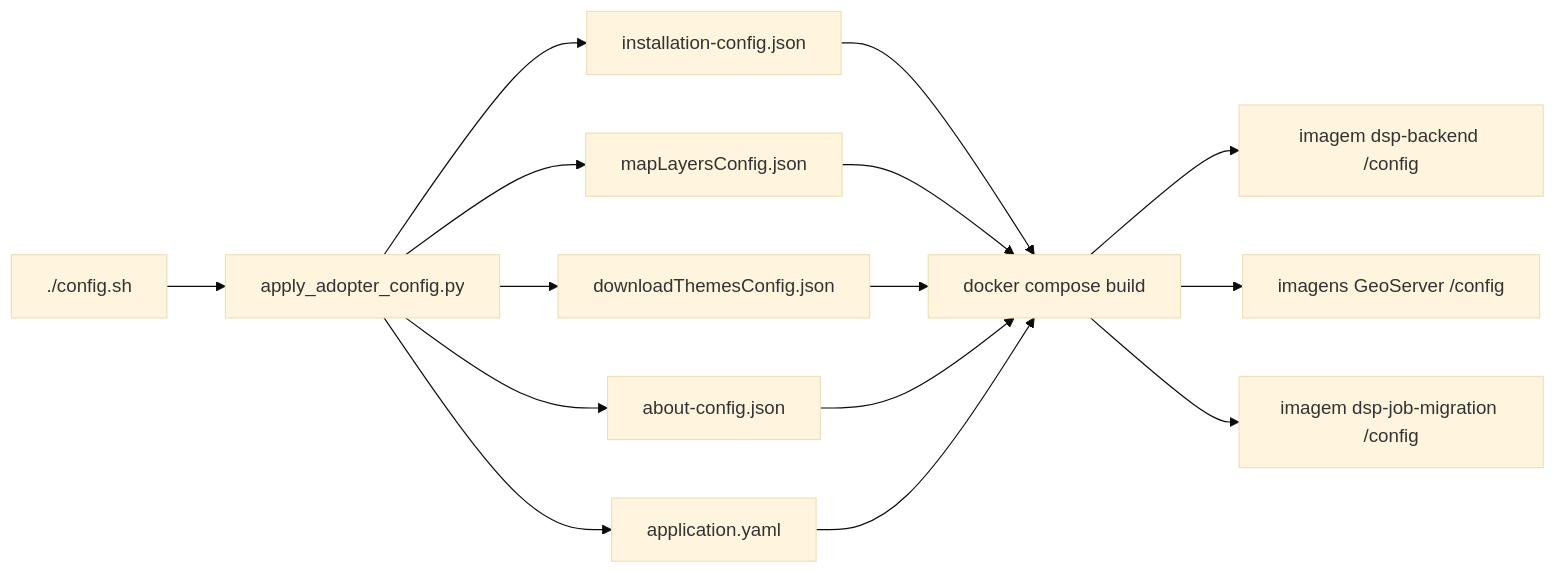
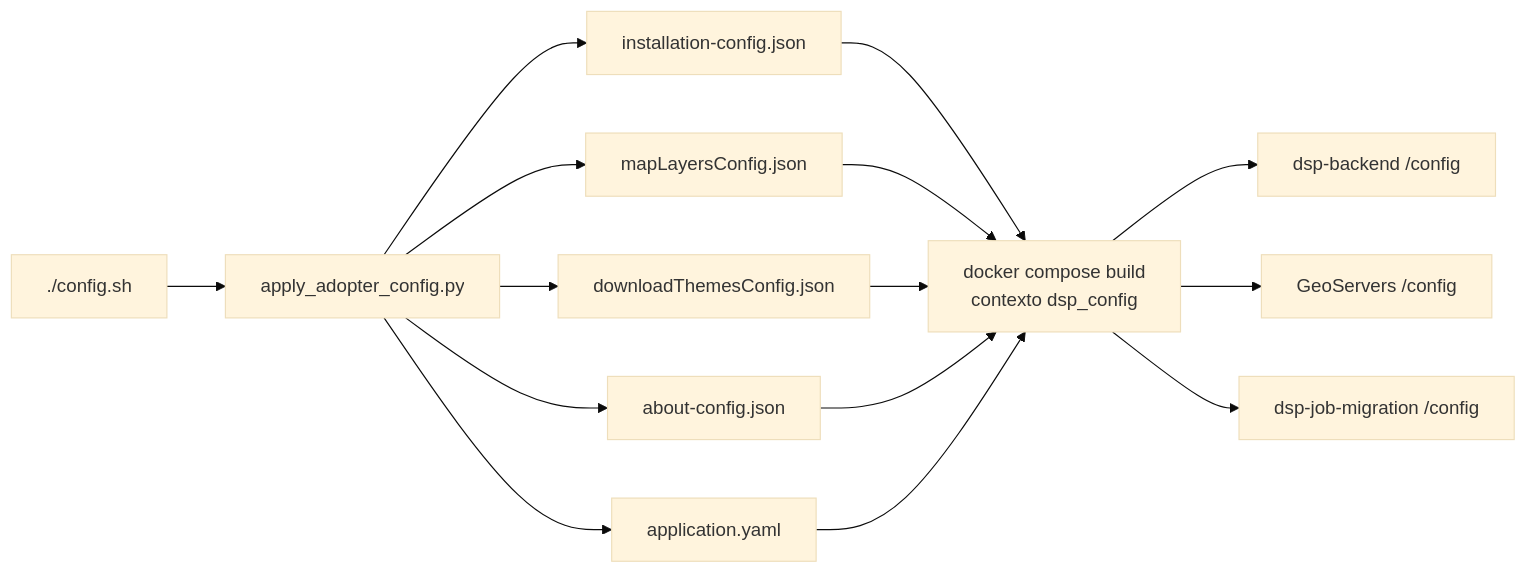
Before and after one commit to kleber-albino/rer-dsp-docs: the third of 3 diagrams in docs/modules/core.md, drawn with Mermaid (base theme). The commit also changed other lines of this file and 14 other files, not shown here.

````diff
--- a/docs/modules/core.md
+++ b/docs/modules/core.md
@@ -243,17 +307,17 @@
 ```mermaid
 flowchart LR
   configSh["./config.sh"] --> apply["apply_adopter_config.py"]
   apply --> installJson["installation-config.json"]
   apply --> mapJson["mapLayersConfig.json"]
   apply --> downloadJson["downloadThemesConfig.json"]
   apply --> aboutJson["about-config.json"]
   apply --> appYaml["application.yaml"]
-  installJson --> build["docker compose build"]
+  installJson --> build["docker compose build<br/>contexto dsp_config"]
   mapJson --> build
   downloadJson --> build
   aboutJson --> build
   appYaml --> build
-  build --> backendImg["imagem dsp-backend /config"]
-  build --> geoserverImg["imagens GeoServer /config"]
-  build --> jobImg["imagem dsp-job-migration /config"]
+  build --> backendImg["dsp-backend /config"]
+  build --> geoserverImg["GeoServers /config"]
+  build --> jobImg["dsp-job-migration /config"]
 ```
````
